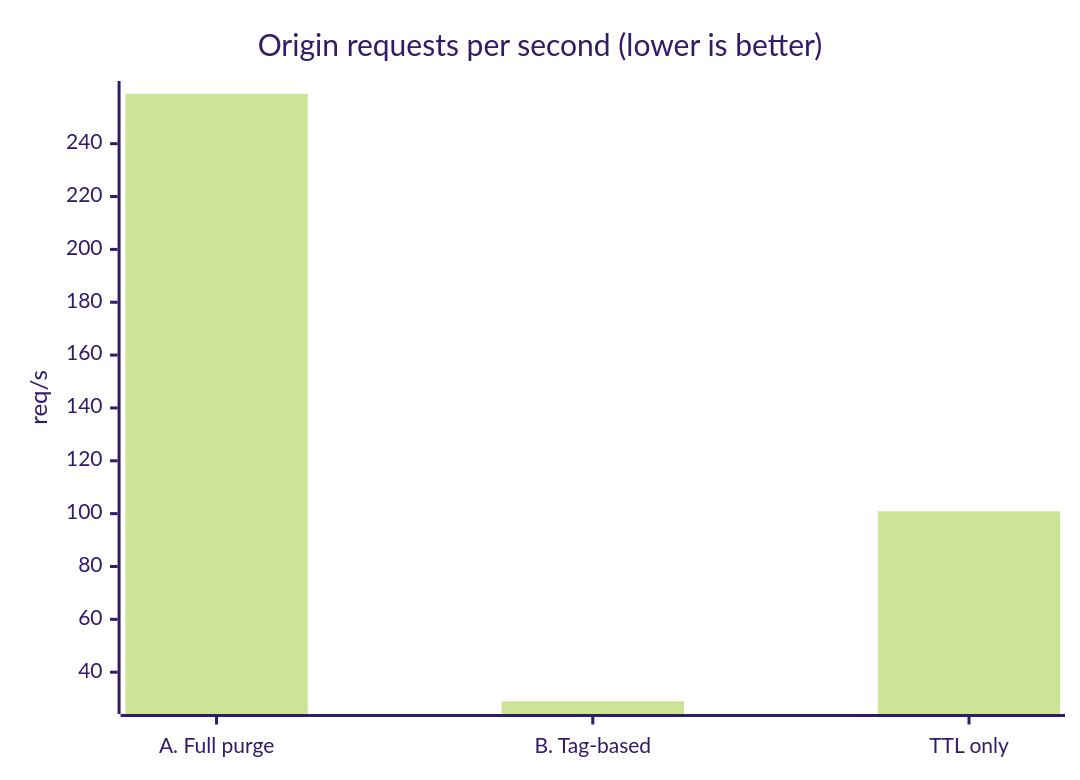
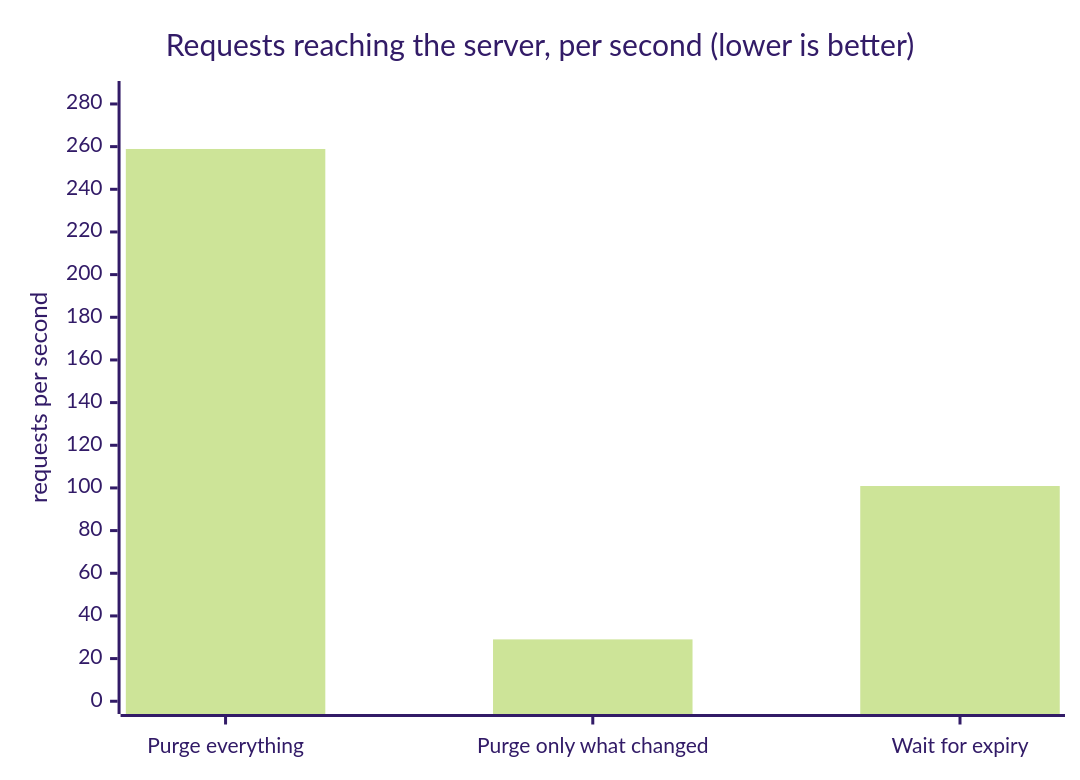
One commit to thamine-alaeddine/invalidate-less changed the fourth of 8 diagrams in README.md. Above: the diagram before and after it, drawn with Mermaid (forest theme). The commit also changed other lines of this file and 1 other file, not shown here.

Commit message:
docs: use plain-language labels and zero-based axes in result charts

````diff
--- a/README.md
+++ b/README.md
@@ -339,7 +341,7 @@
 ```mermaid
 xychart-beta
-    title "Origin requests per second (lower is better)"
-    x-axis ["A. Full purge", "B. Tag-based", "TTL only"]
-    y-axis "req/s"
+    title "Requests reaching the server, per second (lower is better)"
+    x-axis ["Purge everything", "Purge only what changed", "Wait for expiry"]
+    y-axis "requests per second" 0 --> 284.79
     bar [258.9, 29.0, 100.9]
 ```
````
